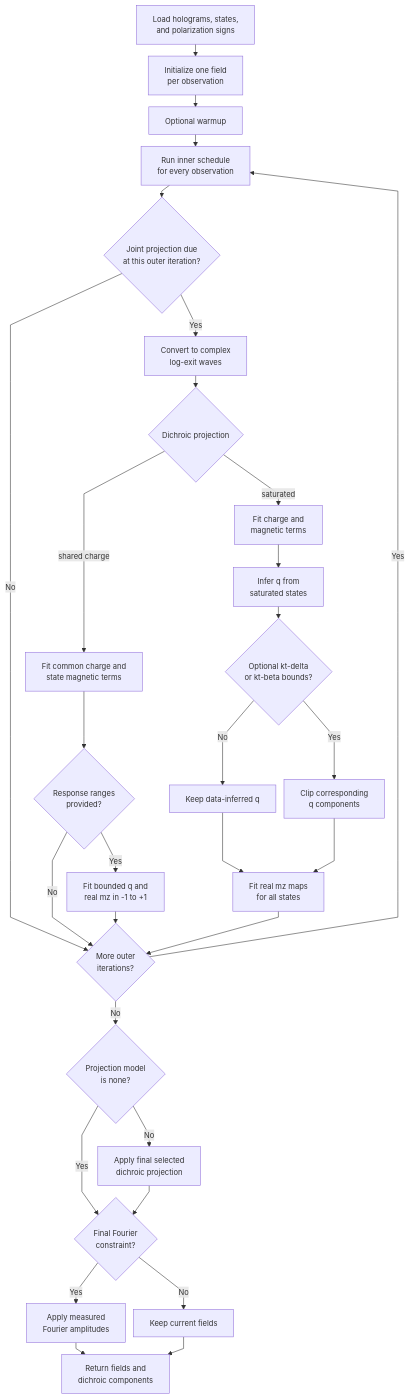
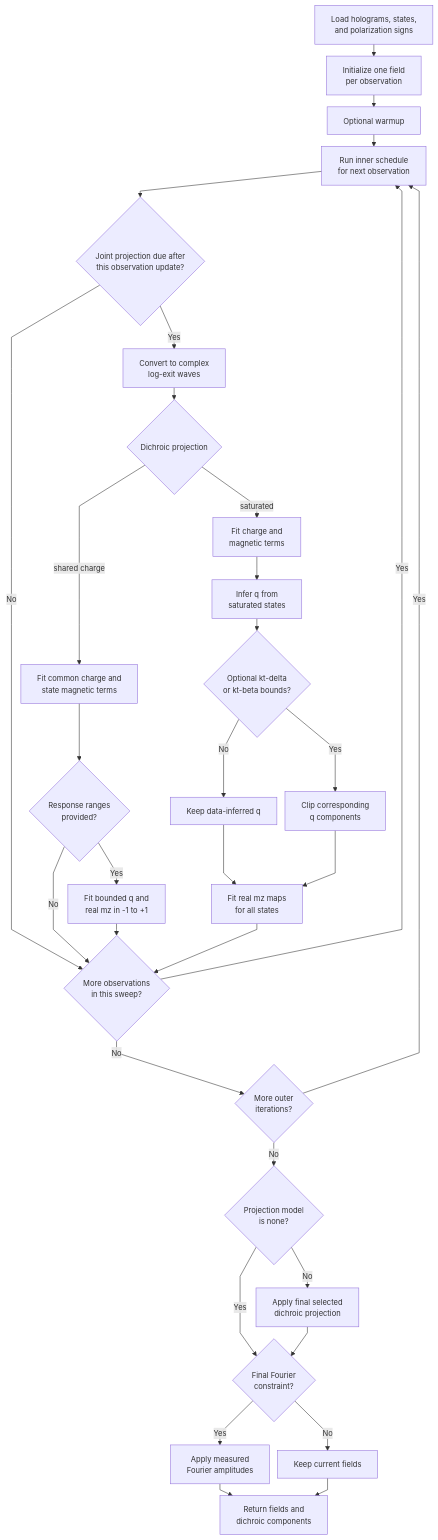
Before and after one commit to riccbatt/FTH-Phase-Retrieval-2609-SOLEIL-SEXTANTS: the sixth of 7 diagrams in docs/phase_retrieval_libraries.md, drawn with Mermaid. The commit also changed other lines of this file and 15 other files, not shown here.

````diff
--- a/docs/phase_retrieval_libraries.md
+++ b/docs/phase_retrieval_libraries.md
@@ -996,33 +1007,35 @@
 ```mermaid
 %%{init: {"flowchart": {"nodeSpacing": 15, "rankSpacing": 22, "curve": "linear"}, "themeVariables": {"fontSize": "14px"}}}%%
 flowchart TD
     A[Load holograms, states,<br/>and polarization signs] --> B[Initialize one field<br/>per observation]
     B --> C[Optional warmup]
-    C --> D[Run inner schedule<br/>for every observation]
-    D --> E{Joint projection due<br/>at this outer iteration?}
-    E -- No --> O{More outer<br/>iterations?}
+    C --> D[Run inner schedule<br/>for next observation]
+    D --> E{Joint projection due after<br/>this observation update?}
+    E -- No --> Y{More observations<br/>in this sweep?}
     E -- Yes --> F[Convert to complex<br/>log-exit waves]
     F --> G{Dichroic projection}
     G -- shared charge --> I[Fit common charge and<br/>state magnetic terms]
     I --> W{Response ranges<br/>provided?}
     W -- Yes --> X[Fit bounded q and<br/>real mz in -1 to +1]
-    W -- No --> O
-    X --> O
+    W -- No --> Y
+    X --> Y
     G -- saturated --> J[Fit charge and<br/>magnetic terms]
     J --> K[Infer q from<br/>saturated states]
     K --> L{Optional kt-delta<br/>or kt-beta bounds?}
     L -- No --> M[Keep data-inferred q]
     L -- Yes --> N[Clip corresponding<br/>q components]
     M --> P[Fit real mz maps<br/>for all states]
     N --> P
-    P --> O
+    P --> Y
+    Y -- Yes --> D
+    Y -- No --> O{More outer<br/>iterations?}
     O -- Yes --> D
     O -- No --> Q{Projection model<br/>is none?}
     Q -- No --> R[Apply final selected<br/>dichroic projection]
     Q -- Yes --> S{Final Fourier<br/>constraint?}
     R --> S
     S -- Yes --> T[Apply measured<br/>Fourier amplitudes]
     S -- No --> U[Keep current fields]
     T --> V[Return fields and<br/>dichroic components]
     U --> V
 ```
````
